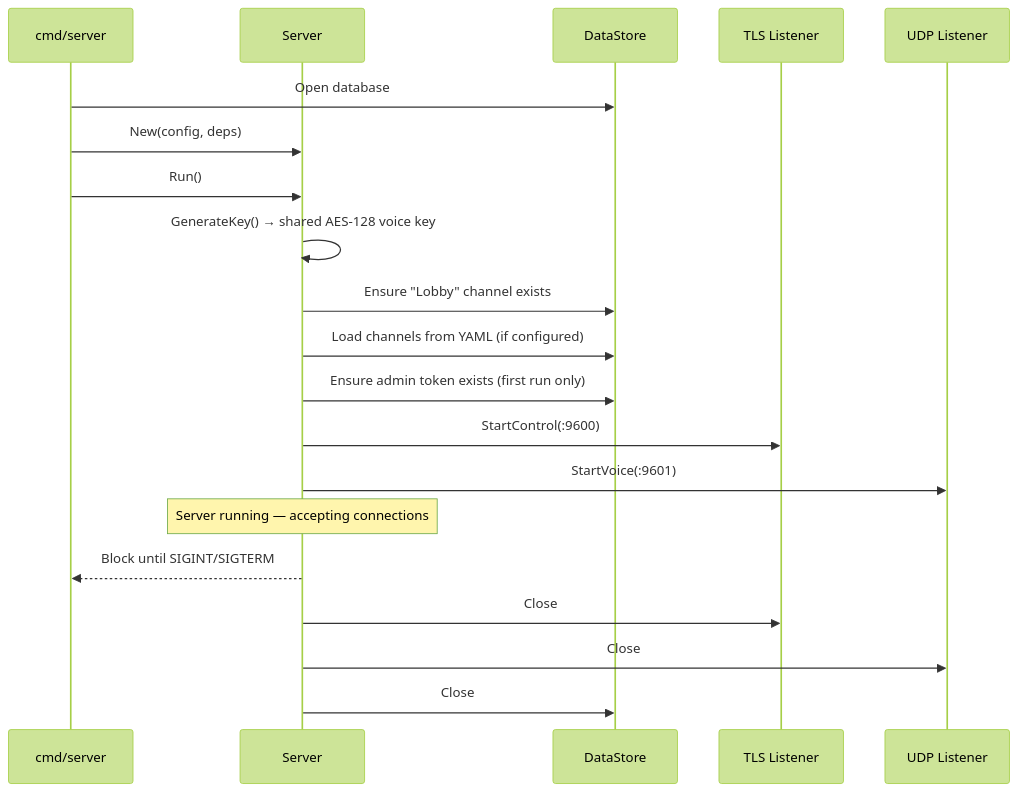
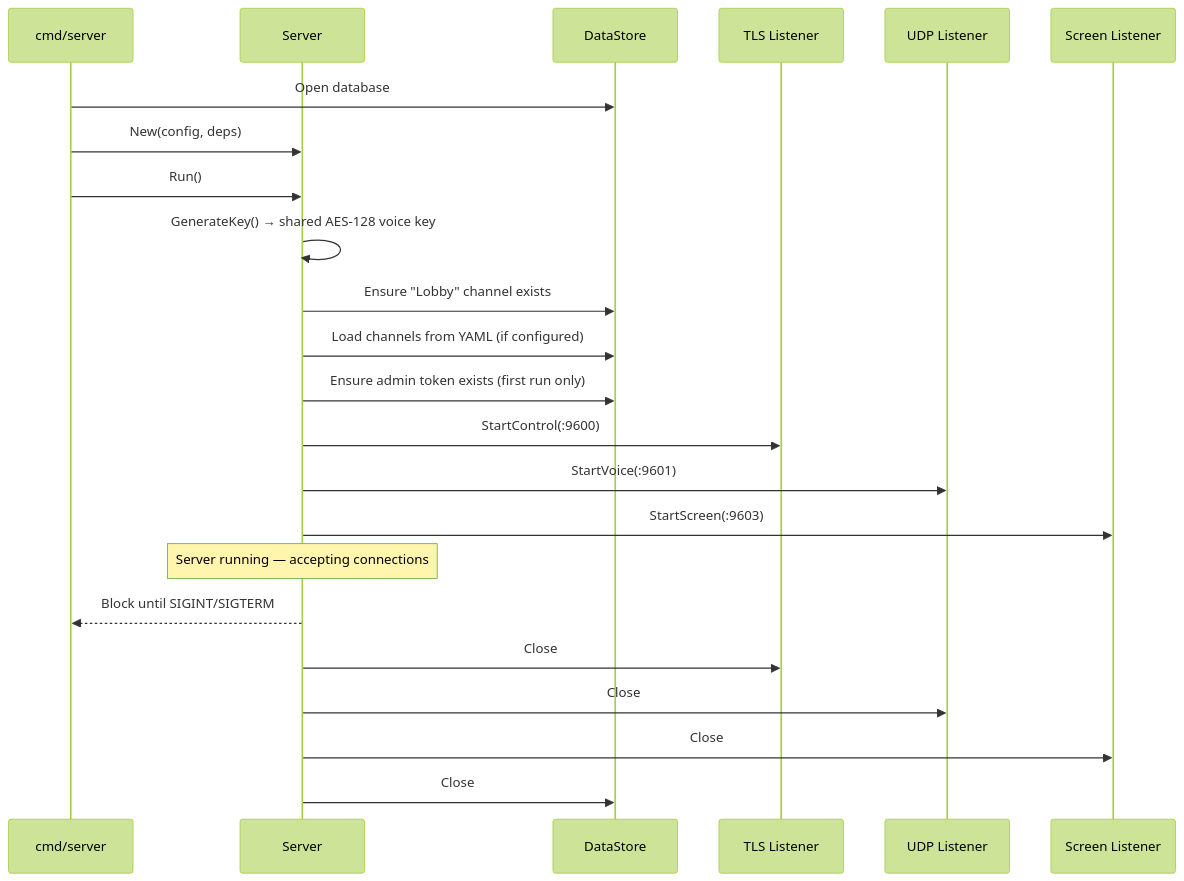
Before and after one commit to NicolasHaas/gospeak: the third of 5 diagrams in docs/architecture.md, drawn with Mermaid (forest theme). The commit also changed other lines of this file and 34 other files, not shown here.

````diff
--- a/docs/architecture.md
+++ b/docs/architecture.md
@@ -103,23 +110,26 @@
 ```mermaid
 sequenceDiagram
     participant Main as cmd/server
     participant Srv as Server
     participant Store as DataStore
     participant TLS as TLS Listener
     participant UDP as UDP Listener
+    participant SCR as Screen Listener
 
     Main->>Store: Open database
     Main->>Srv: New(config, deps)
     Main->>Srv: Run()
     Srv->>Srv: GenerateKey() → shared AES-128 voice key
     Srv->>Store: Ensure "Lobby" channel exists
     Srv->>Store: Load channels from YAML (if configured)
     Srv->>Store: Ensure admin token exists (first run only)
     Srv->>TLS: StartControl(:9600)
     Srv->>UDP: StartVoice(:9601)
+    Srv->>SCR: StartScreen(:9603)
     Note over Srv: Server running — accepting connections
     Srv-->>Main: Block until SIGINT/SIGTERM
     Srv->>TLS: Close
     Srv->>UDP: Close
+    Srv->>SCR: Close
     Srv->>Store: Close
 ```
````
